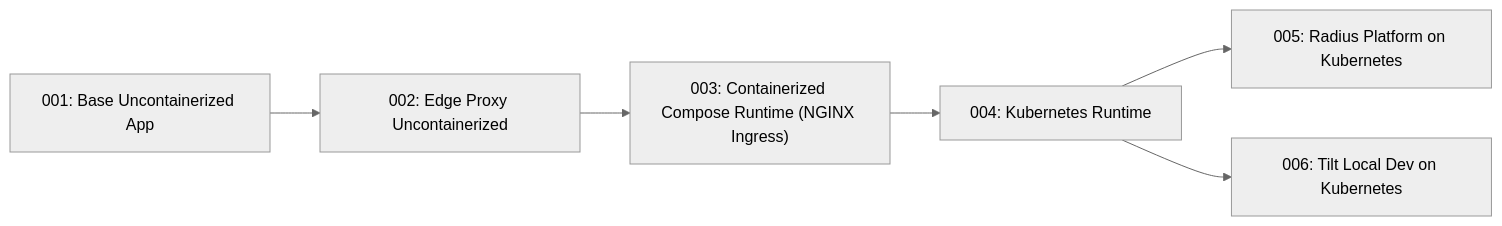
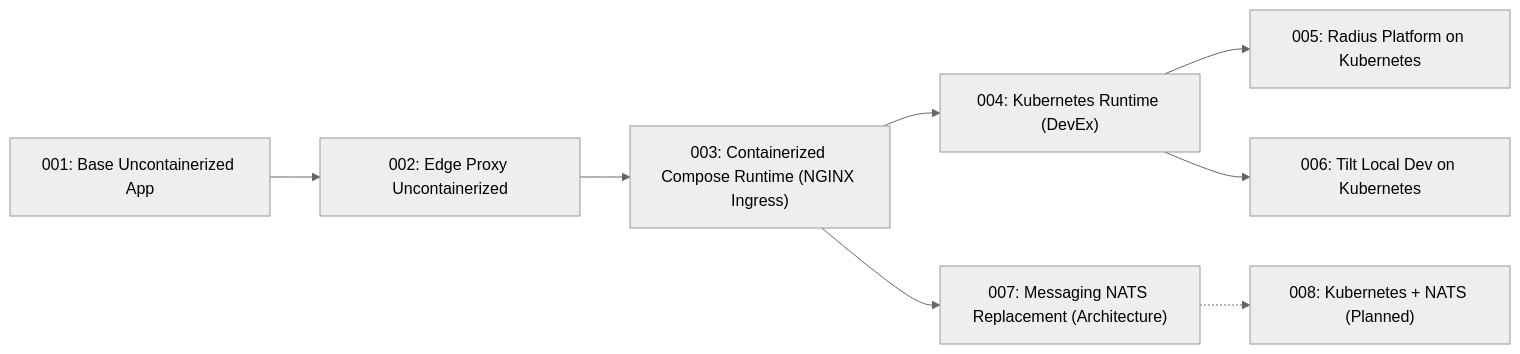
Before and after one commit to finos/traderX: the first of 2 diagrams in docs/spec-kit/visual-learning-graphs.md, drawn with Mermaid (neutral theme). The commit also changed other lines of this file and 60 other files, not shown here.

````diff
--- a/docs/spec-kit/visual-learning-graphs.md
+++ b/docs/spec-kit/visual-learning-graphs.md
@@ -11,15 +11,18 @@
 ```mermaid
 flowchart LR
   S001["001: Base Uncontainerized App"] --> S002["002: Edge Proxy Uncontainerized"]
   S002 --> S003["003: Containerized Compose Runtime (NGINX Ingress)"]
-  S003 --> S004["004: Kubernetes Runtime"]
+  S003 --> S004["004: Kubernetes Runtime (DevEx)"]
+  S003 --> S007["007: Messaging NATS Replacement (Architecture)"]
   S004 --> S005["005: Radius Platform on Kubernetes"]
   S004 --> S006["006: Tilt Local Dev on Kubernetes"]
+  S007 -.-> S008["008: Kubernetes + NATS (Planned)"]
 
   click S001 href "/specs/baseline-uncontainerized-parity" "Open State 001 Spec Pack"
   click S002 href "/specs/edge-proxy-uncontainerized" "Open State 002 Spec Pack"
   click S003 href "/specs/containerized-compose-runtime" "Open State 003 Spec Pack"
   click S004 href "/specs/kubernetes-runtime" "Open State 004 Spec Pack"
   click S005 href "/specs/radius-kubernetes-platform" "Open State 005 Spec Pack"
   click S006 href "/specs/tilt-kubernetes-dev-loop" "Open State 006 Spec Pack"
+  click S007 href "/specs/messaging-nats-replacement" "Open State 007 Spec Pack"
 ```
````
